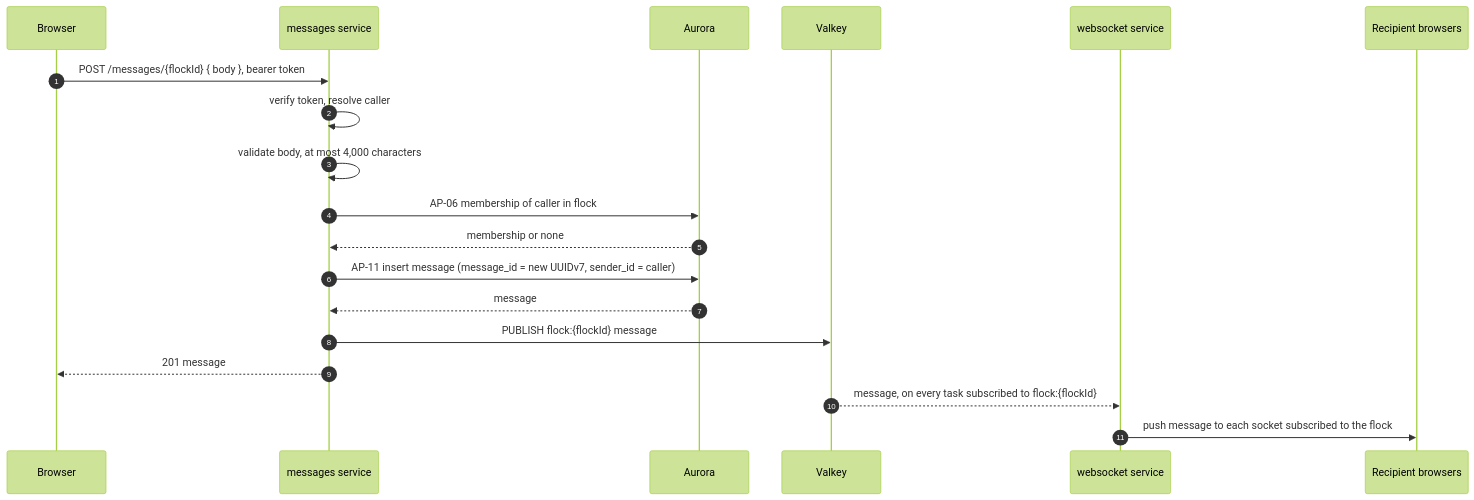
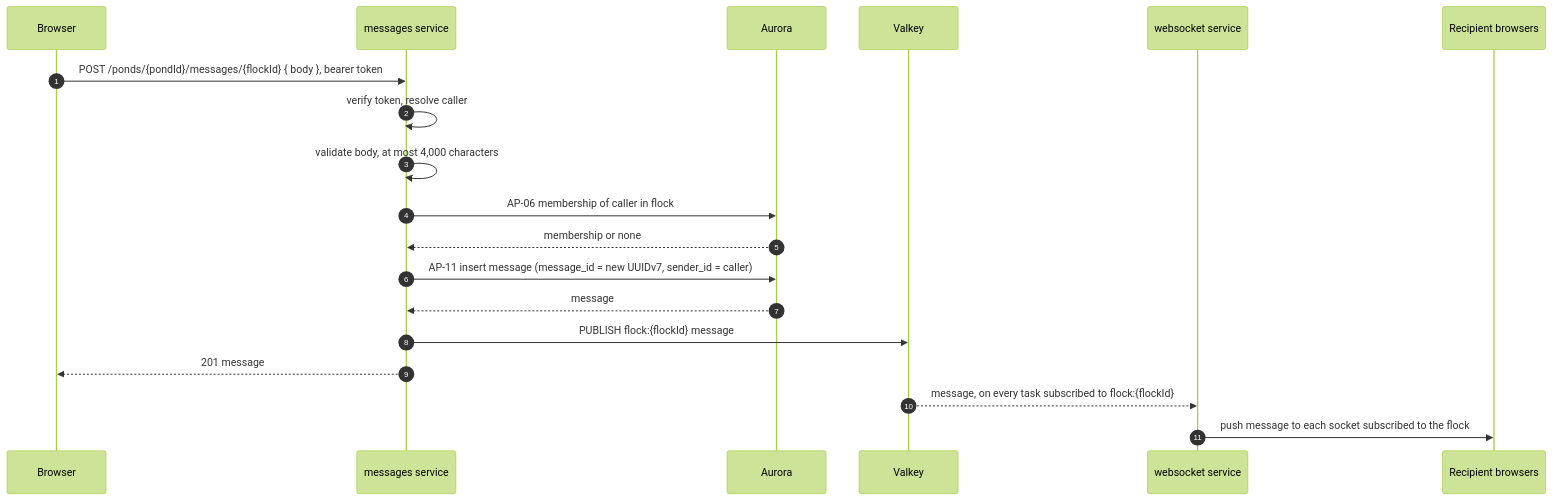
One commit to fractionalJoe/quack changed the diagram in docs/design/flows/wfl-05-send-message.md. Above: the diagram before and after it, drawn with Mermaid. The commit also changed other lines of this file and 10 other files, not shown here.

````diff
--- a/docs/design/flows/wfl-05-send-message.md
+++ b/docs/design/flows/wfl-05-send-message.md
@@ -7,25 +7,25 @@
 ```mermaid
 ---
 config:
   theme: forest
 ---
 sequenceDiagram
     autonumber
     participant B as Browser
     participant M as messages service
     participant DB as Aurora
     participant V as Valkey
     participant W as websocket service
     participant R as Recipient browsers
-    B->>M: POST /messages/{flockId} { body }, bearer token
+    B->>M: POST /ponds/{pondId}/messages/{flockId} { body }, bearer token
     M->>M: verify token, resolve caller
     M->>M: validate body, at most 4,000 characters
     M->>DB: AP-06 membership of caller in flock
     DB-->>M: membership or none
     M->>DB: AP-11 insert message (message_id = new UUIDv7, sender_id = caller)
     DB-->>M: message
     M->>V: PUBLISH flock:{flockId} message
     M-->>B: 201 message
     V-->>W: message, on every task subscribed to flock:{flockId}
     W->>R: push message to each socket subscribed to the flock
 ```
````
